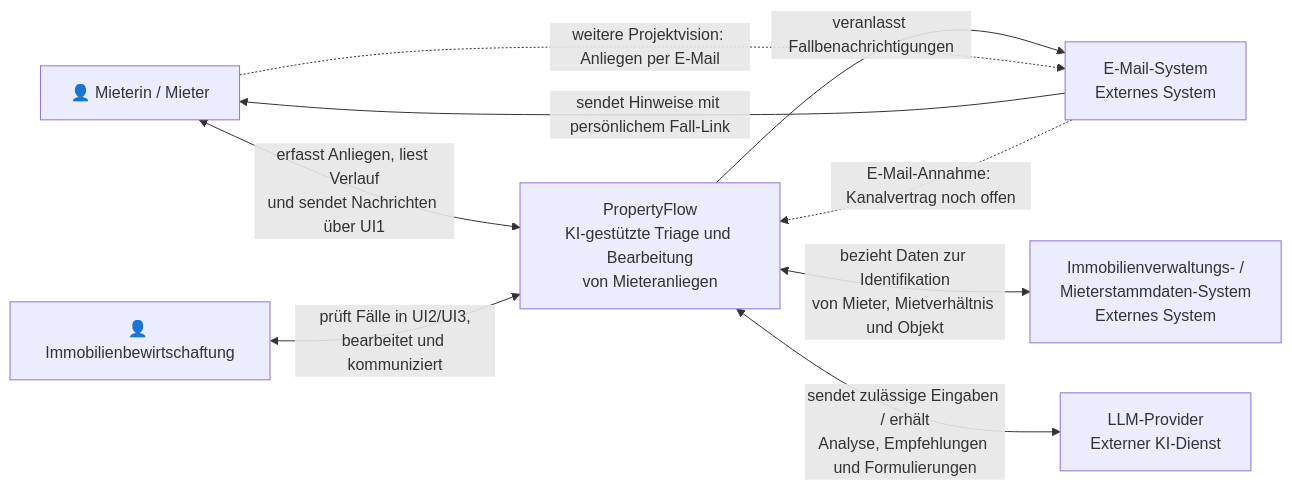
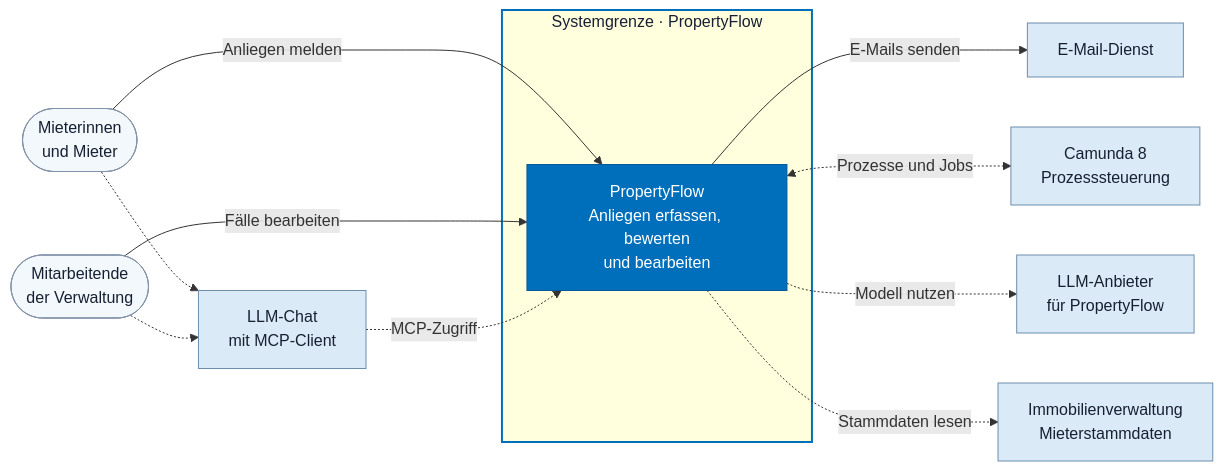
One commit to permarco/propertyflow changed the diagram in docs/architecture/c4-context.md. Above: the diagram before and after it, drawn with Mermaid. The commit also changed other lines of this file and 43 other files, not shown here.

````diff
--- a/docs/architecture/c4-context.md
+++ b/docs/architecture/c4-context.md
@@ -11,25 +12,34 @@
 ```mermaid
 flowchart LR
-    M["👤 Mieterin / Mieter"]
-    B["👤 Immobilienbewirtschaftung"]
+    MIETER(["Mieterinnen<br/>und Mieter"])
+    VERWALTUNG(["Mitarbeitende<br/>der Verwaltung"])
+    CHAT["LLM-Chat<br/>mit MCP-Client"]
 
-    PF["PropertyFlow<br/>KI-gestützte Triage und Bearbeitung<br/>von Mieteranliegen"]
+    subgraph PF["Systemgrenze · PropertyFlow"]
+        APP["PropertyFlow<br/>Anliegen erfassen, bewerten<br/>und bearbeiten"]
+    end
 
-    MAIL["E-Mail-System<br/>Externes System"]
+    MAIL["E-Mail-Dienst"]
+    CAMUNDA["Camunda 8<br/>Prozesssteuerung"]
+    MODELL["LLM-Anbieter<br/>für PropertyFlow"]
+    STAMMDATEN["Immobilienverwaltung<br/>Mieterstammdaten"]
 
-    ERP["Immobilienverwaltungs- /<br/>Mieterstammdaten-System<br/>Externes System"]
+    MIETER -->|"Anliegen melden"| APP
+    VERWALTUNG -->|"Fälle bearbeiten"| APP
+    MIETER -.-> CHAT
+    VERWALTUNG -.-> CHAT
+    CHAT -.->|"MCP-Zugriff"| APP
 
-    LLM["LLM-Provider<br/>Externer KI-Dienst"]
+    APP -->|"E-Mails senden"| MAIL
+    APP <-.->|"Prozesse und Jobs"| CAMUNDA
+    APP -.->|"Modell nutzen"| MODELL
+    APP -.->|"Stammdaten lesen"| STAMMDATEN
 
-    M <-->|"erfasst Anliegen, liest Verlauf<br/>und sendet Nachrichten über UI1"| PF
-    PF -->|"veranlasst Fallbenachrichtigungen"| MAIL
-    MAIL -->|"sendet Hinweise mit persönlichem Fall-Link"| M
-    M -.->|"weitere Projektvision: Anliegen per E-Mail"| MAIL
-    MAIL -.->|"E-Mail-Annahme: Kanalvertrag noch offen"| PF
-
-    B <-->|"prüft Fälle in UI2/UI3,<br/>bearbeitet und kommuniziert"| PF
-
-    PF <-->|"bezieht Daten zur Identifikation<br/>von Mieter, Mietverhältnis und Objekt"| ERP
-
-    PF <-->|"sendet zulässige Eingaben / erhält<br/>Analyse, Empfehlungen und Formulierungen"| LLM
+    classDef person fill:#f2f8fc,stroke:#8292a8,color:#172033
+    classDef system fill:#dbeaf7,stroke:#6d8eae,color:#172033
+    classDef propertyflow fill:#006fbb,stroke:#005a99,color:#fff
+    class MIETER,VERWALTUNG person
+    class CHAT,MAIL,CAMUNDA,MODELL,STAMMDATEN system
+    class APP propertyflow
+    style PF stroke:#006fbb,stroke-width:2px,color:#172033
 ```
````
